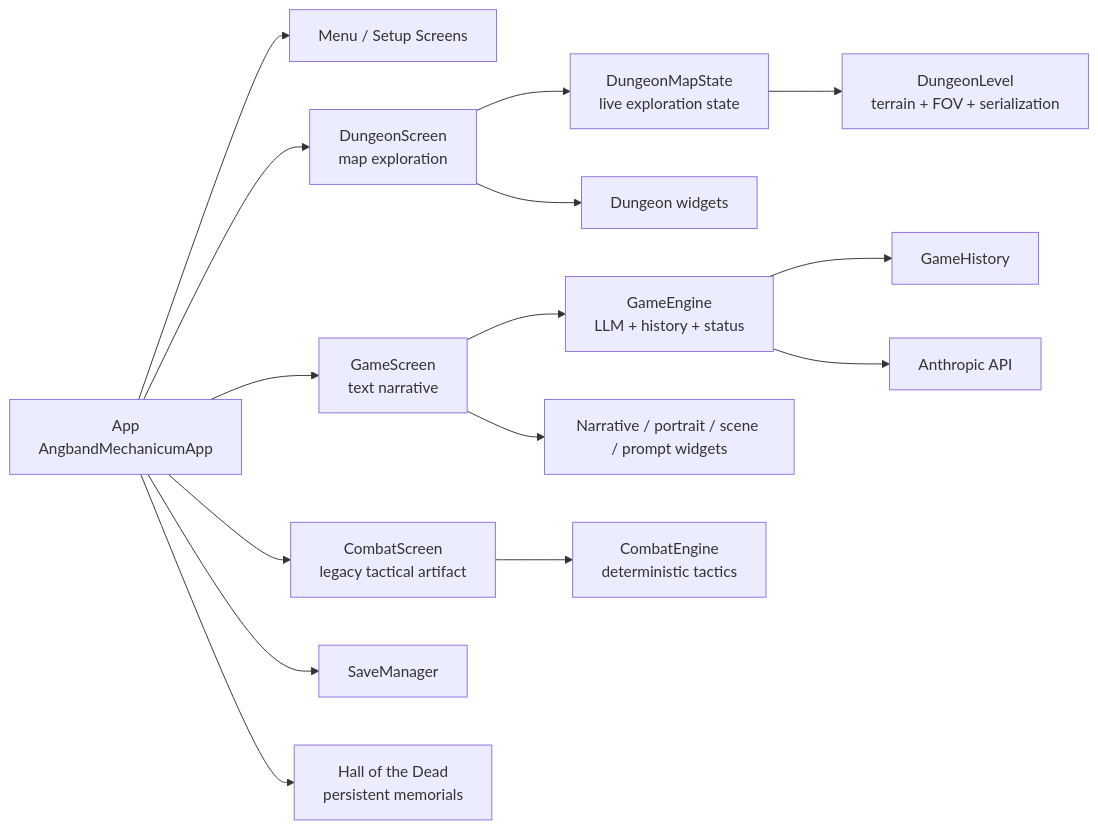
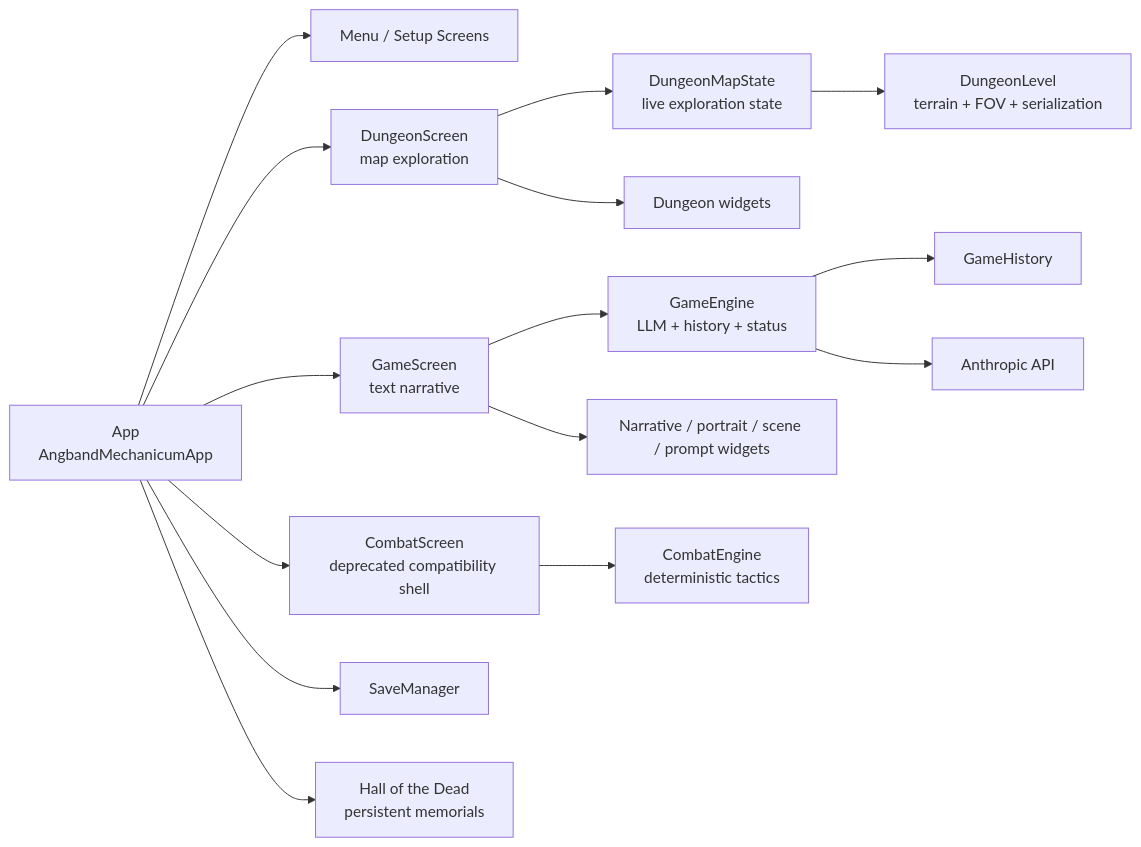
One commit to naclonts/angband-mechanicum changed the first of 5 diagrams in docs/architecture.md. Above: the diagram before and after it, drawn with Mermaid. The commit also changed other lines of this file and 15 other files, not shown here.

````diff
--- a/docs/architecture.md
+++ b/docs/architecture.md
@@ -50,19 +50,19 @@
 ```mermaid
 flowchart LR
     A["App<br/>AngbandMechanicumApp"] --> B["Menu / Setup Screens"]
     A --> C["DungeonScreen<br/>map exploration"]
     A --> D["GameScreen<br/>text narrative"]
-    A --> E["CombatScreen<br/>legacy tactical artifact"]
+    A --> E["CombatScreen<br/>deprecated compatibility shell"]
 
     D --> F["GameEngine<br/>LLM + history + status"]
     C --> G["DungeonMapState<br/>live exploration state"]
     G --> H["DungeonLevel<br/>terrain + FOV + serialization"]
     C --> I["Dungeon widgets"]
     D --> J["Narrative / portrait / scene / prompt widgets"]
     E --> K["CombatEngine<br/>deterministic tactics"]
 
     F --> L["GameHistory"]
     F --> M["Anthropic API"]
     A --> N["SaveManager"]
     A --> O["Hall of the Dead<br/>persistent memorials"]
 ```
````
